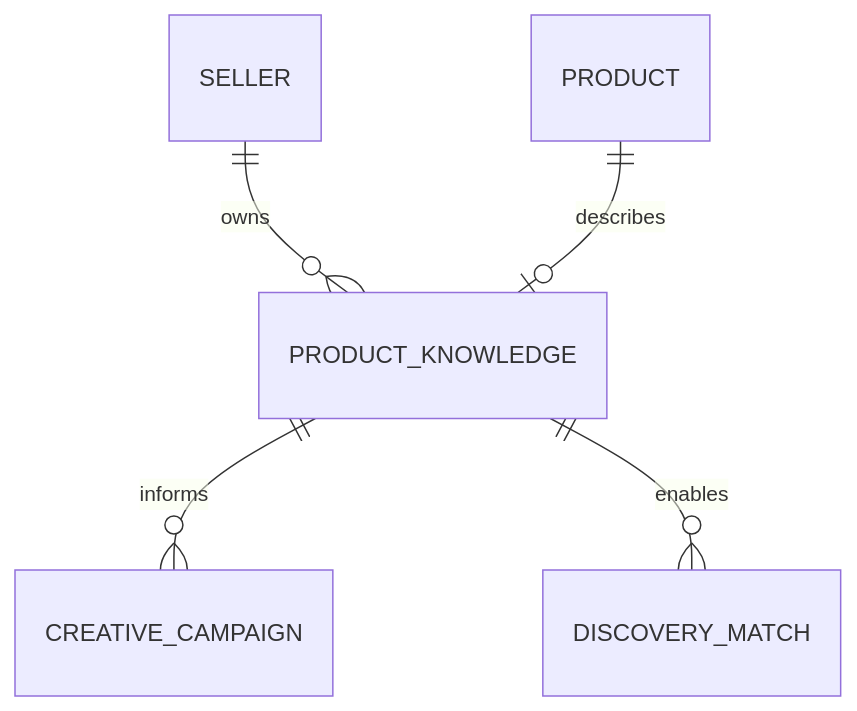
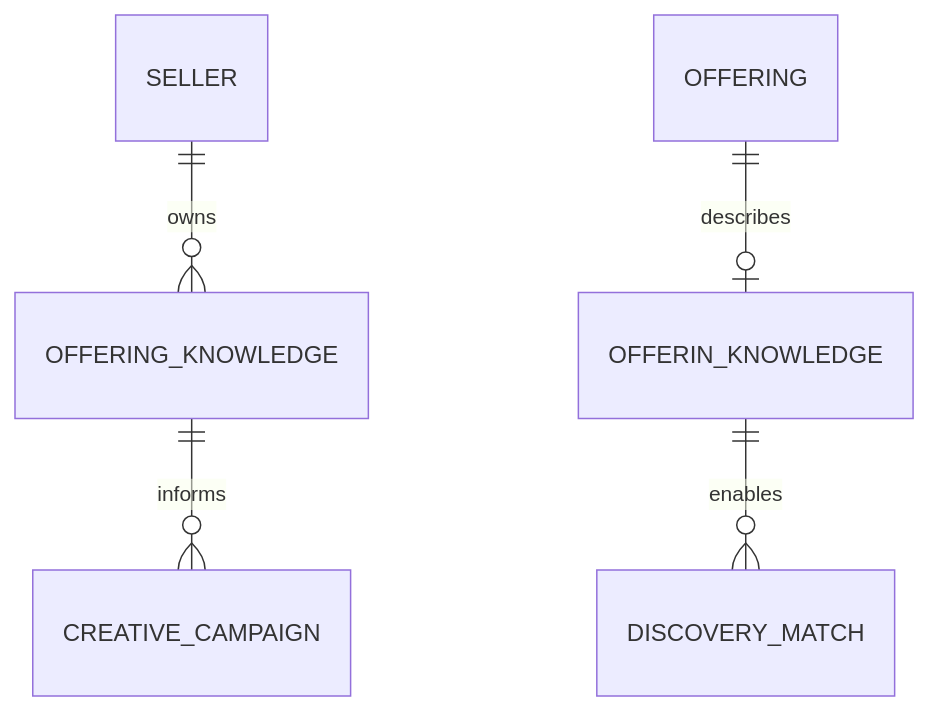
Before and after one commit to petkao/pinkcurve-blueprint: the second of 2 diagrams in docs/04-offering-knowledge.md, drawn with Mermaid. The commit also changed other lines of this file and 19 other files, not shown here.

````diff
--- a/docs/04-offering-knowledge.md
+++ b/docs/04-offering-knowledge.md
@@ -135,7 +135,7 @@
 ```mermaid
 erDiagram
-    SELLER ||--o{ PRODUCT_KNOWLEDGE : owns
-    PRODUCT ||--o| PRODUCT_KNOWLEDGE : describes
-    PRODUCT_KNOWLEDGE ||--o{ CREATIVE_CAMPAIGN : informs
-    PRODUCT_KNOWLEDGE ||--o{ DISCOVERY_MATCH : enables
+    SELLER ||--o{ OFFERING_KNOWLEDGE : owns
+    OFFERING ||--o| OFFERIN_KNOWLEDGE : describes
+    OFFERING_KNOWLEDGE ||--o{ CREATIVE_CAMPAIGN : informs
+    OFFERIN_KNOWLEDGE ||--o{ DISCOVERY_MATCH : enables
 ```
````
